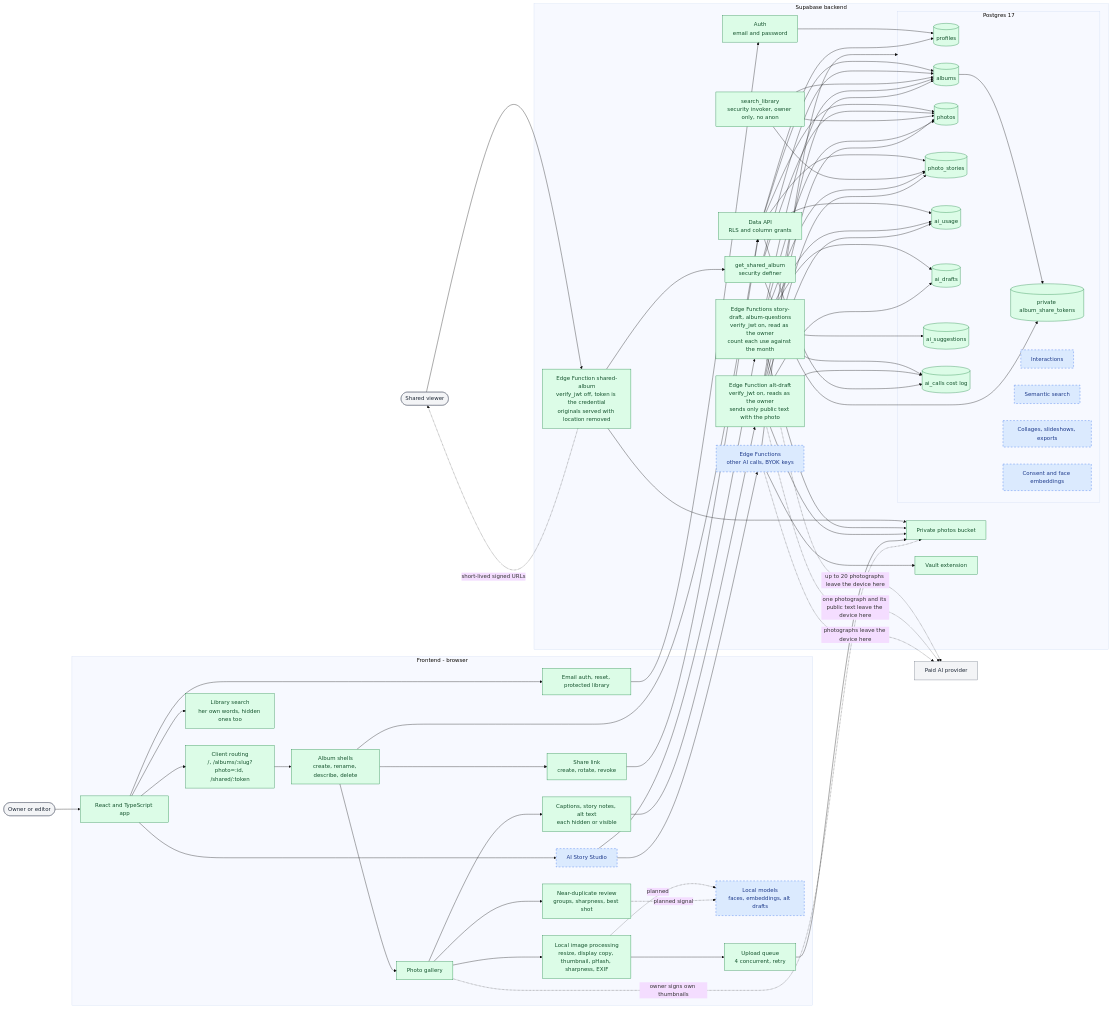
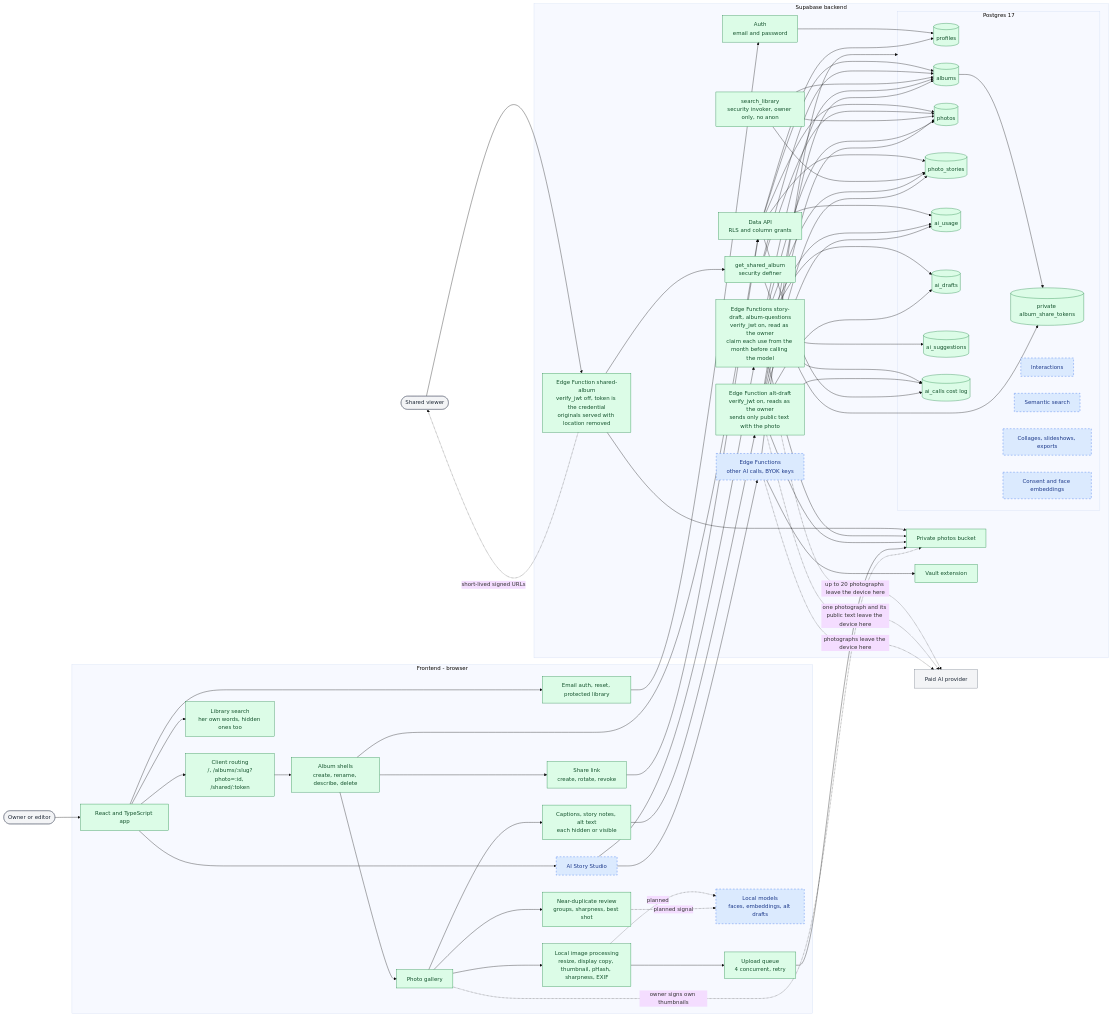
Before and after one commit to Elizabeth1979/albums-studio: the first of 3 diagrams in docs/project-structure.md, drawn with Mermaid (base theme). The commit also changed 14 other files, not shown here.

```diff
--- a/docs/project-structure.md
+++ b/docs/project-structure.md
@@ -106,7 +106,7 @@
         end
 
         EdgeShare["Edge Function shared-album<br/>verify_jwt off, token is the credential<br/>originals served with location removed"]:::current
-        EdgeStory["Edge Functions story-draft, album-questions<br/>verify_jwt on, read as the owner<br/>count each use against the month"]:::current
+        EdgeStory["Edge Functions story-draft, album-questions<br/>verify_jwt on, read as the owner<br/>claim each use from the month before calling the model"]:::current
         EdgeAlt["Edge Function alt-draft<br/>verify_jwt on, reads as the owner<br/>sends only public text with the photo"]:::current
         EdgeAI["Edge Functions<br/>other AI calls, BYOK keys"]:::planned
 
```
